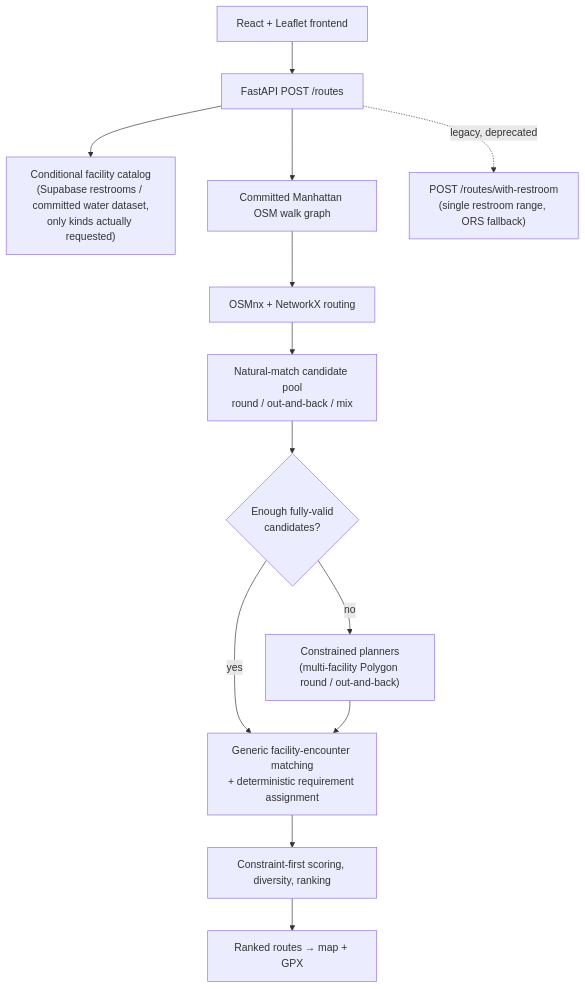
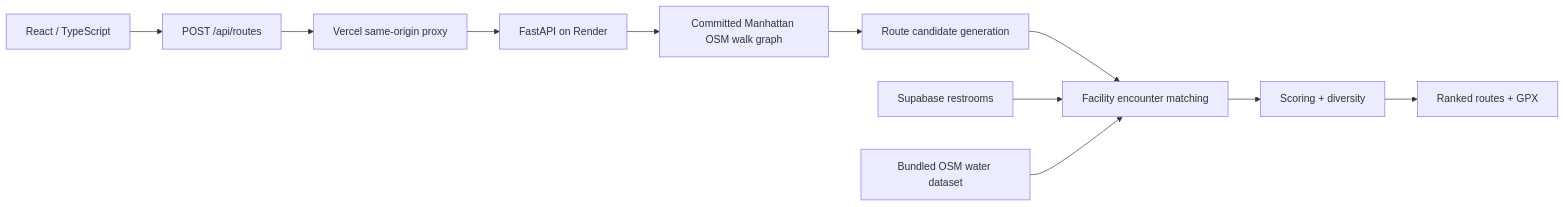
The diagram in README.md (Oryag910/Aware-Route), drawn with Mermaid before and after one commit. The commit also changed other lines of this file and 1 other file, not shown here.

````diff
--- a/README.md
+++ b/README.md
@@ -23,15 +31,13 @@
 ```mermaid
-graph TD
-    A[React + Leaflet frontend] --> B["FastAPI POST /routes"]
-    B --> C["Conditional facility catalog<br/>(Supabase restrooms / committed water dataset,<br/>only kinds actually requested)"]
-    B --> D[Committed Manhattan OSM walk graph]
-    D --> E[OSMnx + NetworkX routing]
-    E --> F["Natural-match candidate pool<br/>round / out-and-back / mix"]
-    F --> G{"Enough fully-valid<br/>candidates?"}
-    G -- no --> H["Constrained planners<br/>(multi-facility Polygon round / out-and-back)"]
-    G -- yes --> I
-    H --> I["Generic facility-encounter matching<br/>+ deterministic requirement assignment"]
-    I --> J[Constraint-first scoring, diversity, ranking]
-    J --> K[Ranked routes → map + GPX]
-    B -.legacy, deprecated.-> L["POST /routes/with-restroom<br/>(single restroom range, ORS fallback)"]
+graph LR
+    A[React / TypeScript] --> B["POST /api/routes"]
+    B --> C[Vercel same-origin proxy]
+    C --> D[FastAPI on Render]
+    D --> E[Committed Manhattan OSM walk graph]
+    E --> F[Route candidate generation]
+    F --> G[Facility encounter matching]
+    G --> H[Scoring + diversity]
+    H --> I[Ranked routes + GPX]
+    J[Supabase restrooms] --> G
+    K[Bundled OSM water dataset] --> G
 ```
````
